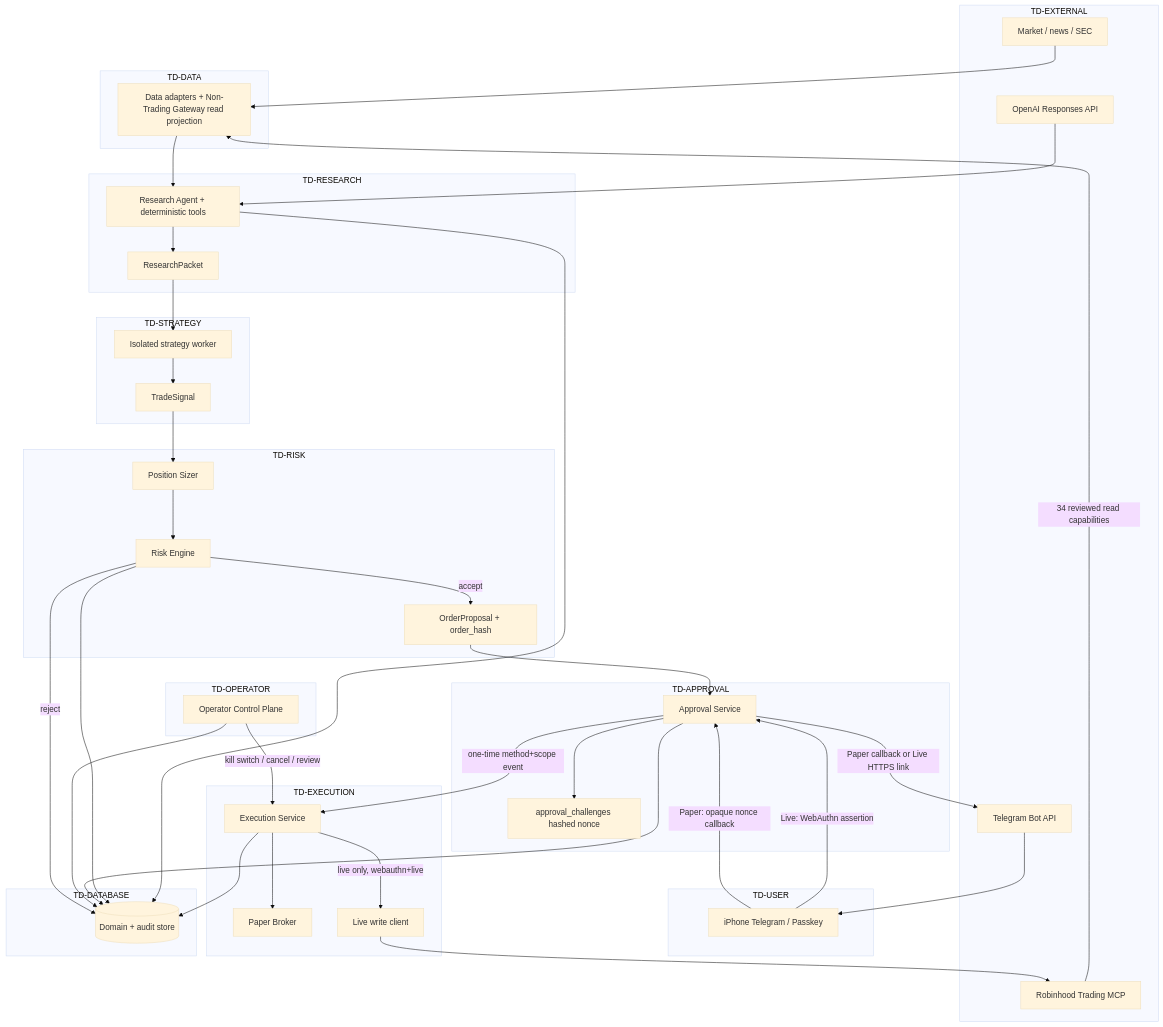
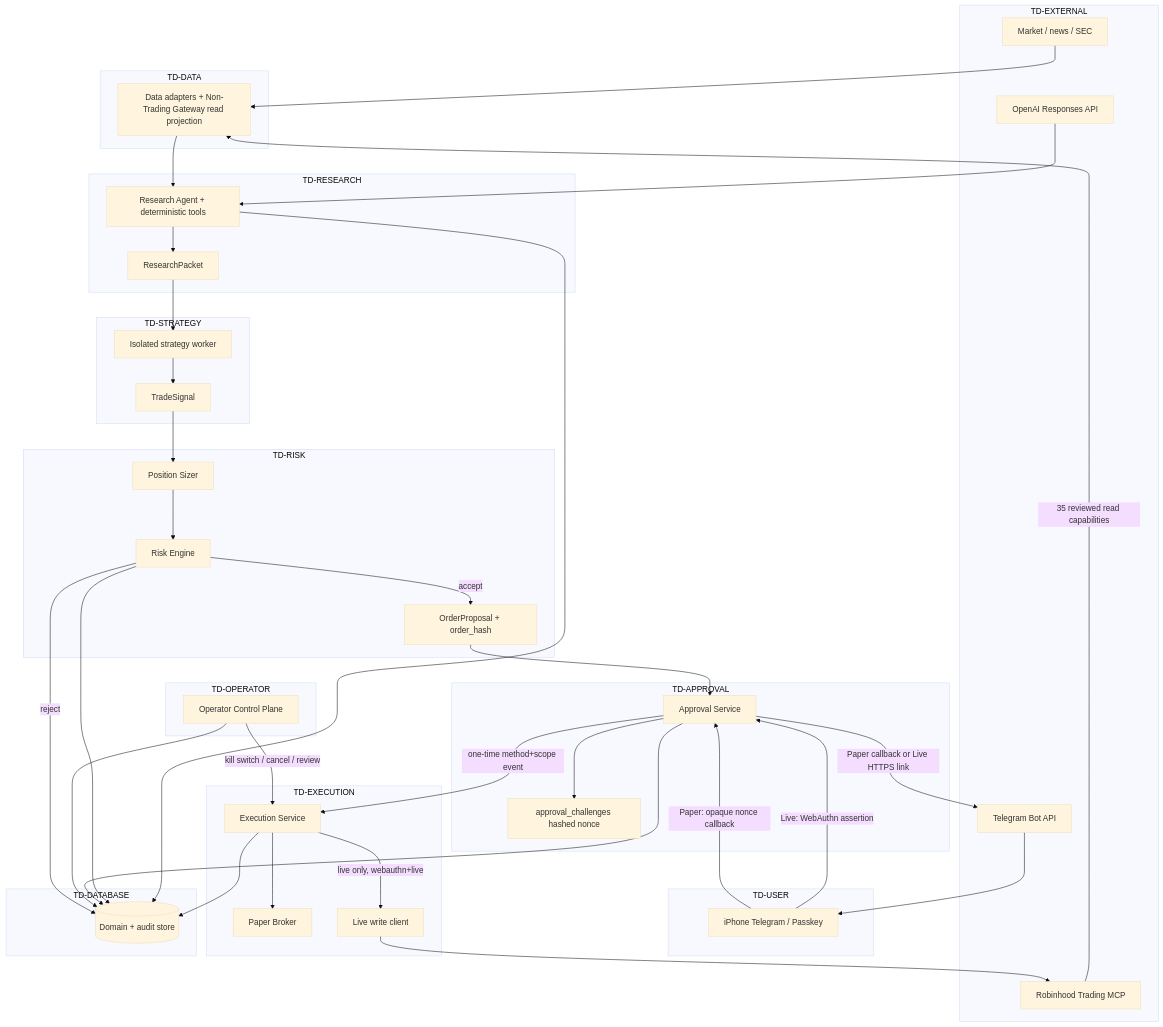
The first of 3 diagrams in docs/security/data-flow.md (likefudan/ainvest), drawn with Mermaid (base theme) before and after one commit. The commit also changed other lines of this file and 42 other files, not shown here.

````diff
--- a/docs/security/data-flow.md
+++ b/docs/security/data-flow.md
@@ -32,79 +32,79 @@
 ```mermaid
 flowchart TB
   subgraph EXT["TD-EXTERNAL"]
     MKT["Market / news / SEC"]
     OAI["OpenAI Responses API"]
     TGAPI["Telegram Bot API"]
     RH["Robinhood Trading MCP"]
   end
 
   subgraph DATA["TD-DATA"]
     ADP["Data adapters + Non-Trading Gateway read projection"]
   end
 
   subgraph RES["TD-RESEARCH"]
     RA["Research Agent + deterministic tools"]
     RP["ResearchPacket"]
   end
 
   subgraph STR["TD-STRATEGY"]
     SW["Isolated strategy worker"]
     TS["TradeSignal"]
   end
 
   subgraph RSK["TD-RISK"]
     SZ["Position Sizer"]
     RE["Risk Engine"]
     OP["OrderProposal + order_hash"]
   end
 
   subgraph APR["TD-APPROVAL"]
     AS["Approval Service"]
     CH["approval_challenges hashed nonce"]
   end
 
   subgraph USR["TD-USER"]
     IPHONE["iPhone Telegram / Passkey"]
   end
 
   subgraph EXE["TD-EXECUTION"]
     EX["Execution Service"]
     PB["Paper Broker"]
     WC["Live write client"]
   end
 
   subgraph OPS["TD-OPERATOR"]
     OC["Operator Control Plane"]
   end
 
   subgraph DB["TD-DATABASE"]
     STORE[(Domain + audit store)]
   end
 
   MKT --> ADP
-  RH -->|"34 reviewed read capabilities"| ADP
+  RH -->|"35 reviewed read capabilities"| ADP
   ADP --> RA
   OAI --> RA
   RA --> RP
   RP --> SW
   SW --> TS
   TS --> SZ --> RE
   RE -->|reject| STORE
   RE -->|accept| OP
   OP --> AS
   AS --> CH
   AS -->|"Paper callback or Live HTTPS link"| TGAPI
   TGAPI --> IPHONE
   IPHONE -->|"Paper: opaque nonce callback"| AS
   IPHONE -->|"Live: WebAuthn assertion"| AS
   AS -->|"one-time method+scope event"| EX
   EX --> PB
   EX -->|"live only, webauthn+live"| WC
   WC --> RH
   OC -->|"kill switch / cancel / review"| EX
   OC --> STORE
   EX --> STORE
   AS --> STORE
   RE --> STORE
   RA --> STORE
 ```
````
